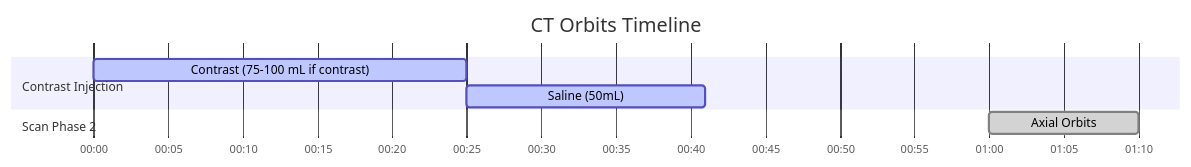
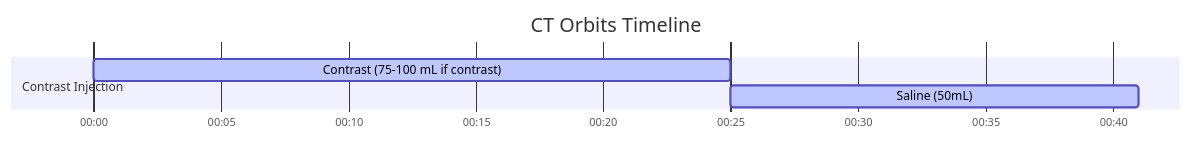
The diagram in docs/ct/neuro/ct-orbits.md (dfergs93/radiology-protocols), drawn with Mermaid before and after one commit. The commit also changed 79 other files, not shown here.

````diff
--- a/docs/ct/neuro/ct-orbits.md
+++ b/docs/ct/neuro/ct-orbits.md
@@ -81,16 +81,14 @@
   ```mermaid
   ---
   config:
     theme: default
   ---
     gantt
       title CT Orbits Timeline
       dateFormat mm:ss
       axisFormat %M:%S 
       
       section Contrast Injection
       Contrast (75-100 mL if contrast)    :active, contrast, 00:00, 25s
       Saline (50mL)          :active, saline, after contrast, 16s
-      section Scan Phase 2
-      Axial Orbits    :done, scan2, 01:00, 10s
   ```
````
